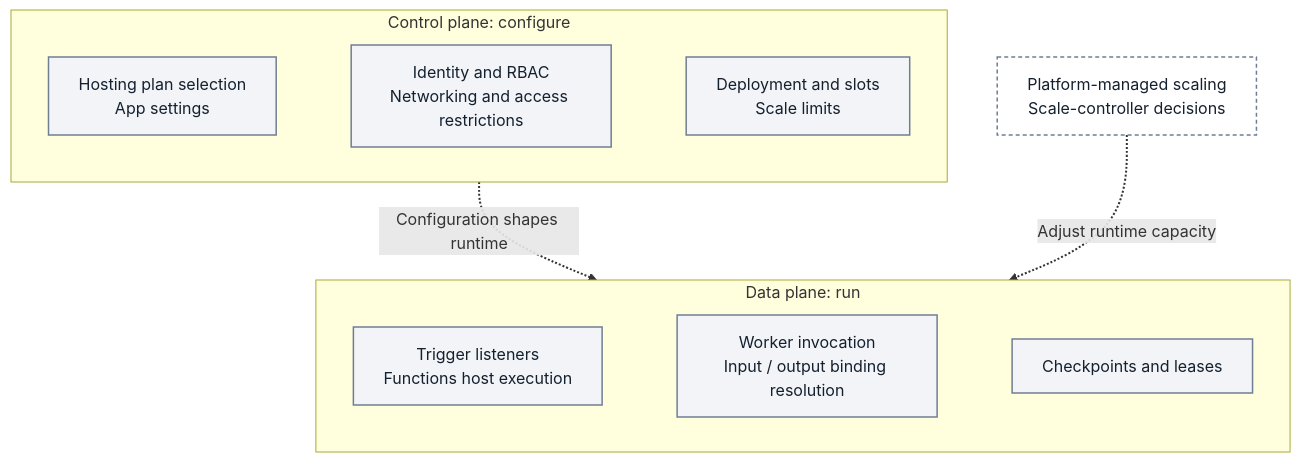
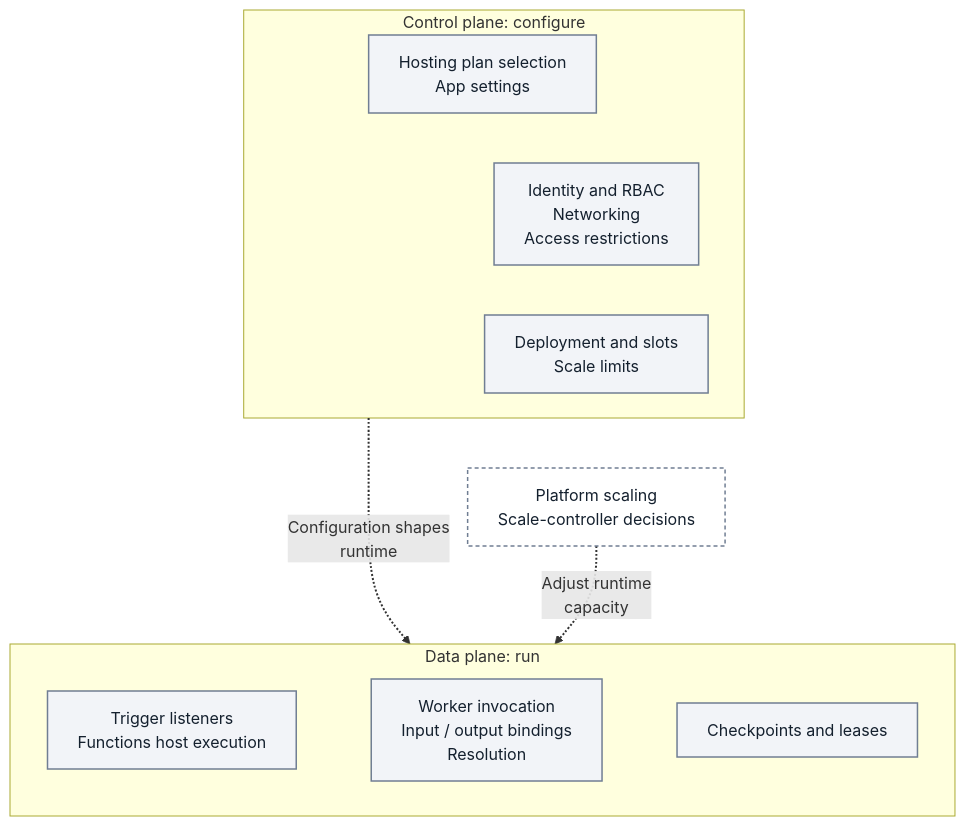
Before and after one commit to yeongseon/azure-functions-practical-guide: the second of 8 diagrams in docs/platform/architecture/index.md, drawn with Mermaid. The commit also changed other lines of this file, not shown here.

First line of the commit message:
docs(diagrams): repair Durable resumption and regional hierarchy

````diff
--- a/docs/platform/architecture/index.md
+++ b/docs/platform/architecture/index.md
@@ -220,30 +220,32 @@
 ```mermaid
 flowchart TD
     accTitle: What do you configure and what runs?
     accDescr: Six configuration responsibilities and five runtime data-plane responsibilities are grouped vertically. The sixth original runtime item, scale-controller decisions, is separately classified as platform-managed scaling, not ARM data access or a trigger-processing stage. Invisible anchors only position the lists.
     subgraph CP["Control plane: configure"]
         C12["Hosting plan selection<br/>App settings"]
-        C34["Identity and RBAC<br/>Networking and access restrictions"]
+        C34["Identity and RBAC<br/>Networking<br/>Access restrictions"]
         C56["Deployment and slots<br/>Scale limits"]
         %% Layout-only anchors: list placement, not execution steps or arrows.
         C12 ~~~ C34
         C34 ~~~ C56
     end
     subgraph DP["Data plane: run"]
         D12["Trigger listeners<br/>Functions host execution"]
-        D34["Worker invocation<br/>Input / output binding resolution"]
+        D34["Worker invocation<br/>Input / output bindings<br/>Resolution"]
         D6["Checkpoints and leases"]
         %% Layout-only anchors: list placement, not execution steps or arrows.
         D12 ~~~ D34
         D34 ~~~ D6
     end
-    scale_controller["Platform-managed scaling<br/>Scale-controller decisions"]
-    CP -.->|"Configuration shapes runtime"| DP
-    scale_controller -.->|"Adjust runtime capacity"| DP
+    scale_controller["Platform scaling<br/>Scale-controller decisions"]
+    %% Layout-only: place platform scaling between the two category lists.
+    C56 ~~~ scale_controller
+    CP -.->|"Configuration shapes<br/>runtime"| DP
+    scale_controller -.->|"Adjust runtime<br/>capacity"| DP
     classDef baseNeutral fill:#f2f4f8,stroke:#707e93,stroke-width:1.5px,color:#14202e;
     classDef focusActive fill:#e6f0fd,stroke:#287ce4,stroke-width:2.5px,color:#14202e;
     classDef bandMuted fill:#ffffff,stroke:#707e93,stroke-width:1.5px,stroke-dasharray:4 3,color:#14202e;
     class C12,C34,C56,D12,D34,D6 baseNeutral;
     class scale_controller bandMuted;
     linkStyle default stroke-width:2px;
 ```
````
